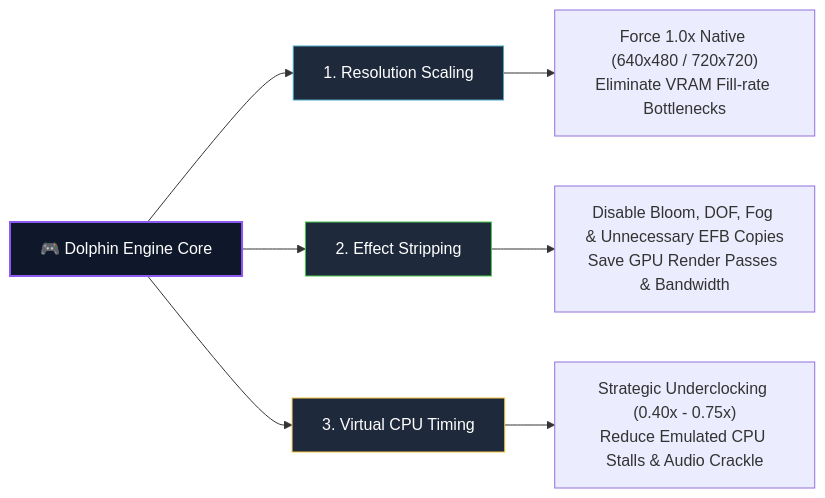
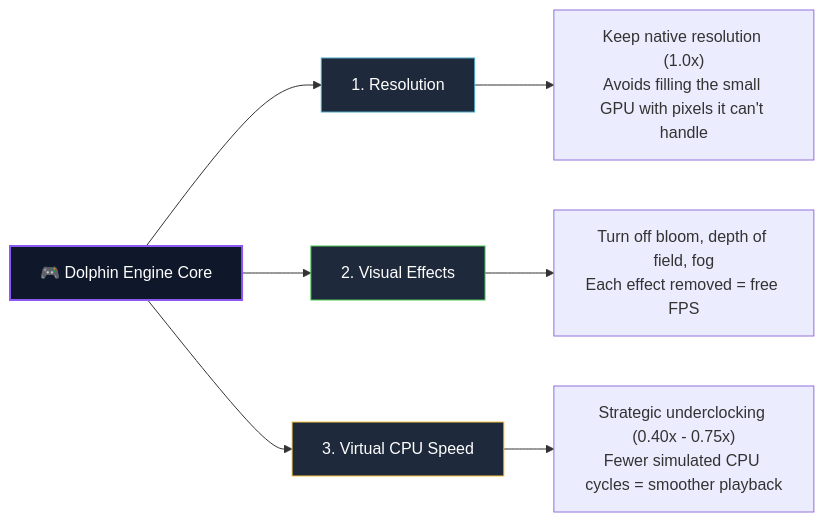
Before and after one commit to SilverCrow2323/dolphin-rt-core: the first of 2 diagrams in README.md, drawn with Mermaid. The commit also changed other lines of this file, not shown here.

````diff
--- a/README.md
+++ b/README.md
@@ -44,15 +49,15 @@
 ```mermaid
 graph LR
-    A[🎮 Dolphin Engine Core] --> B[1. Resolution Scaling]
-    A --> C[2. Effect Stripping]
-    A --> D[3. Virtual CPU Timing]
+    A[🎮 Dolphin Engine Core] --> B[1. Resolution]
+    A --> C[2. Visual Effects]
+    A --> D[3. Virtual CPU Speed]
 
-    B --> B1["Force 1.0x Native (640x480 / 720x720)<br>Eliminate VRAM Fill-rate Bottlenecks"]
-    C --> C1["Disable Bloom, DOF, Fog & Unnecessary EFB Copies<br>Save GPU Render Passes & Bandwidth"]
-    D --> D1["Strategic Underclocking (0.40x - 0.75x)<br>Reduce Emulated CPU Stalls & Audio Crackle"]
+    B --> B1["Keep native resolution (1.0x)<br>Avoids filling the small GPU with pixels it can't handle"]
+    C --> C1["Turn off bloom, depth of field, fog<br>Each effect removed = free FPS"]
+    D --> D1["Strategic underclocking (0.40x - 0.75x)<br>Fewer simulated CPU cycles = smoother playback"]
 
     style A fill:#0f172a,stroke:#8c59f2,stroke-width:2px,color:#fff
     style B fill:#1e293b,stroke:#4fa8c7,stroke-width:1px,color:#fff
     style C fill:#1e293b,stroke:#4cc850,stroke-width:1px,color:#fff
     style D fill:#1e293b,stroke:#f5c542,stroke-width:1px,color:#fff
 ```
````
